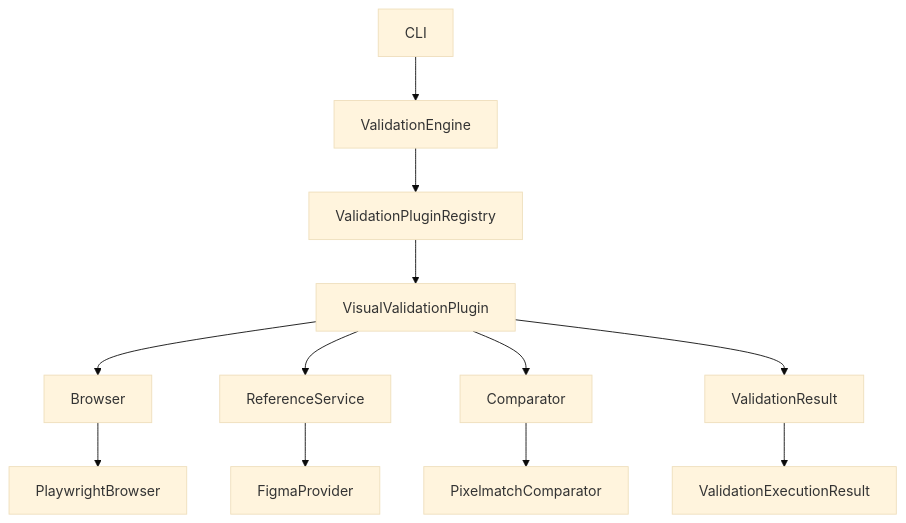
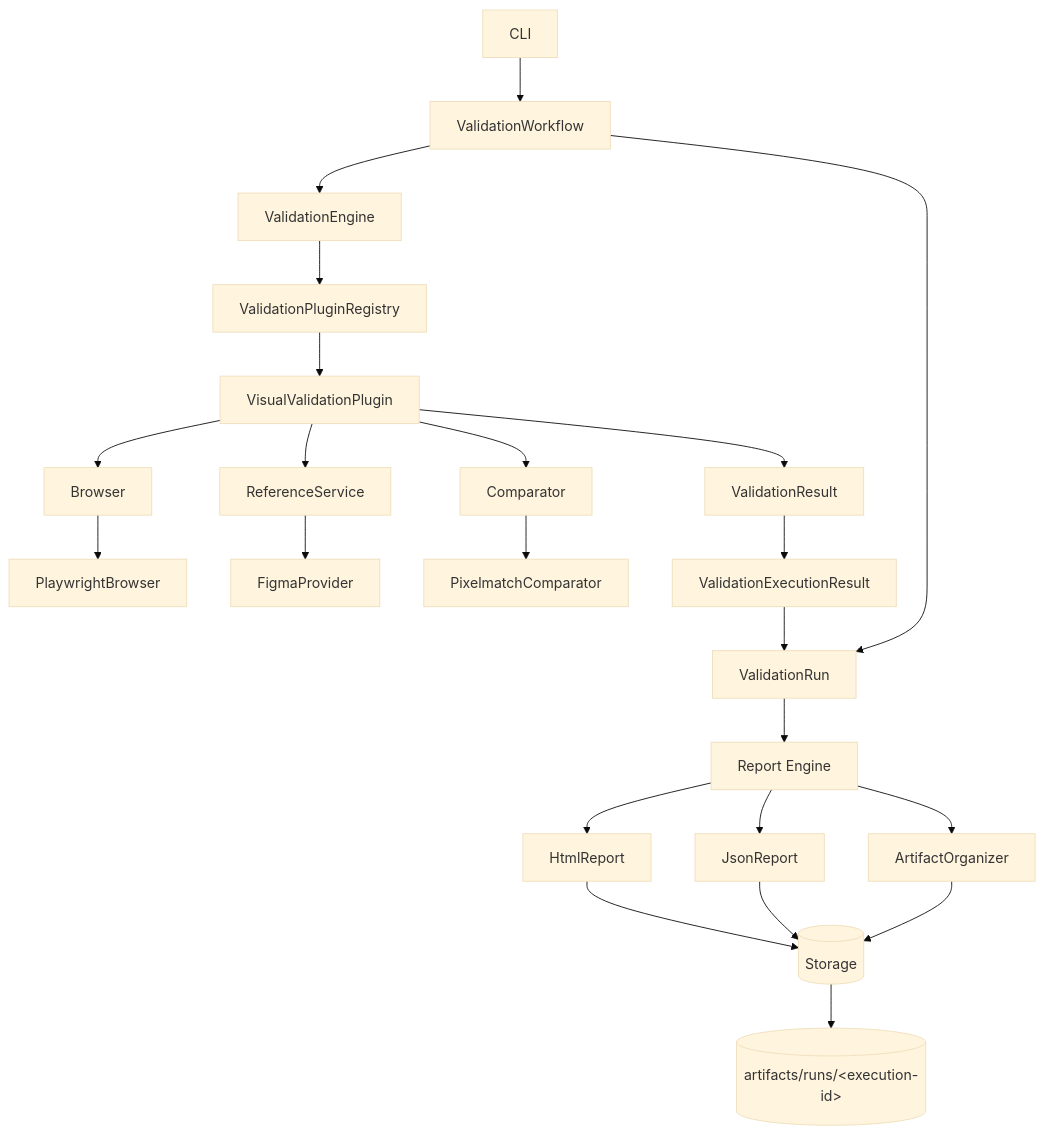
Before and after one commit to pedro95nunes/QA-Visual-Validation-Tool: the first of 5 diagrams in docs/architecture.md, drawn with Mermaid (base theme). The commit also changed other lines of this file and 136 other files, not shown here.

````diff
--- a/docs/architecture.md
+++ b/docs/architecture.md
@@ -3,14 +3,25 @@
 ```mermaid
 flowchart TD
-  CLI --> Engine[ValidationEngine]
+  CLI --> Workflow[ValidationWorkflow]
+  Workflow --> Engine[ValidationEngine]
   Engine --> Registry[ValidationPluginRegistry]
   Registry --> Plugin[VisualValidationPlugin]
   Plugin --> Browser[Browser]
   Plugin --> Reference[ReferenceService]
   Plugin --> Comparator[Comparator]
   Browser --> Playwright[PlaywrightBrowser]
   Reference --> Figma[FigmaProvider]
   Comparator --> Pixelmatch[PixelmatchComparator]
   Plugin --> Result[ValidationResult]
-  Result --> Aggregate[ValidationExecutionResult]
+  Result --> Execution[ValidationExecutionResult]
+  Workflow --> Run[ValidationRun]
+  Execution --> Run
+  Run --> ReportEngine[Report Engine]
+  ReportEngine --> Html[HtmlReport]
+  ReportEngine --> Json[JsonReport]
+  Html --> Storage[(Storage)]
+  Json --> Storage
+  ReportEngine --> Organizer[ArtifactOrganizer]
+  Organizer --> Storage
+  Storage --> Artifacts[(artifacts/runs/&lt;execution-id&gt;)]
 ```
````
